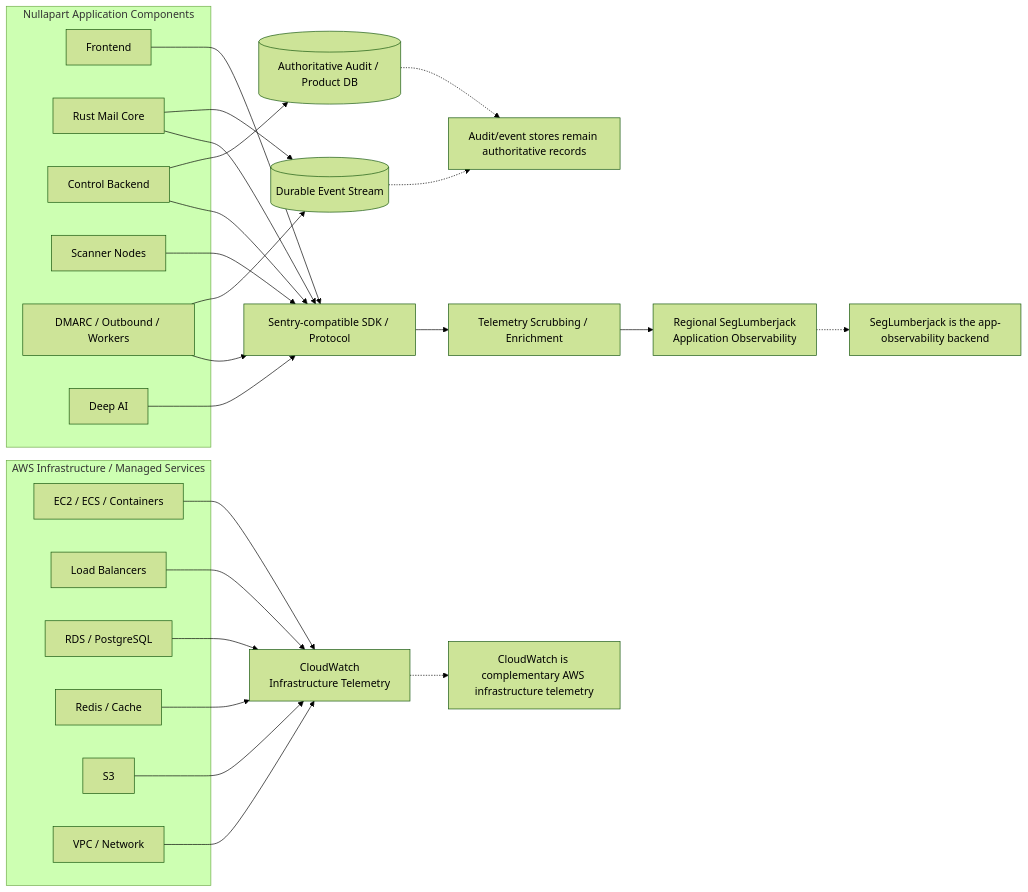
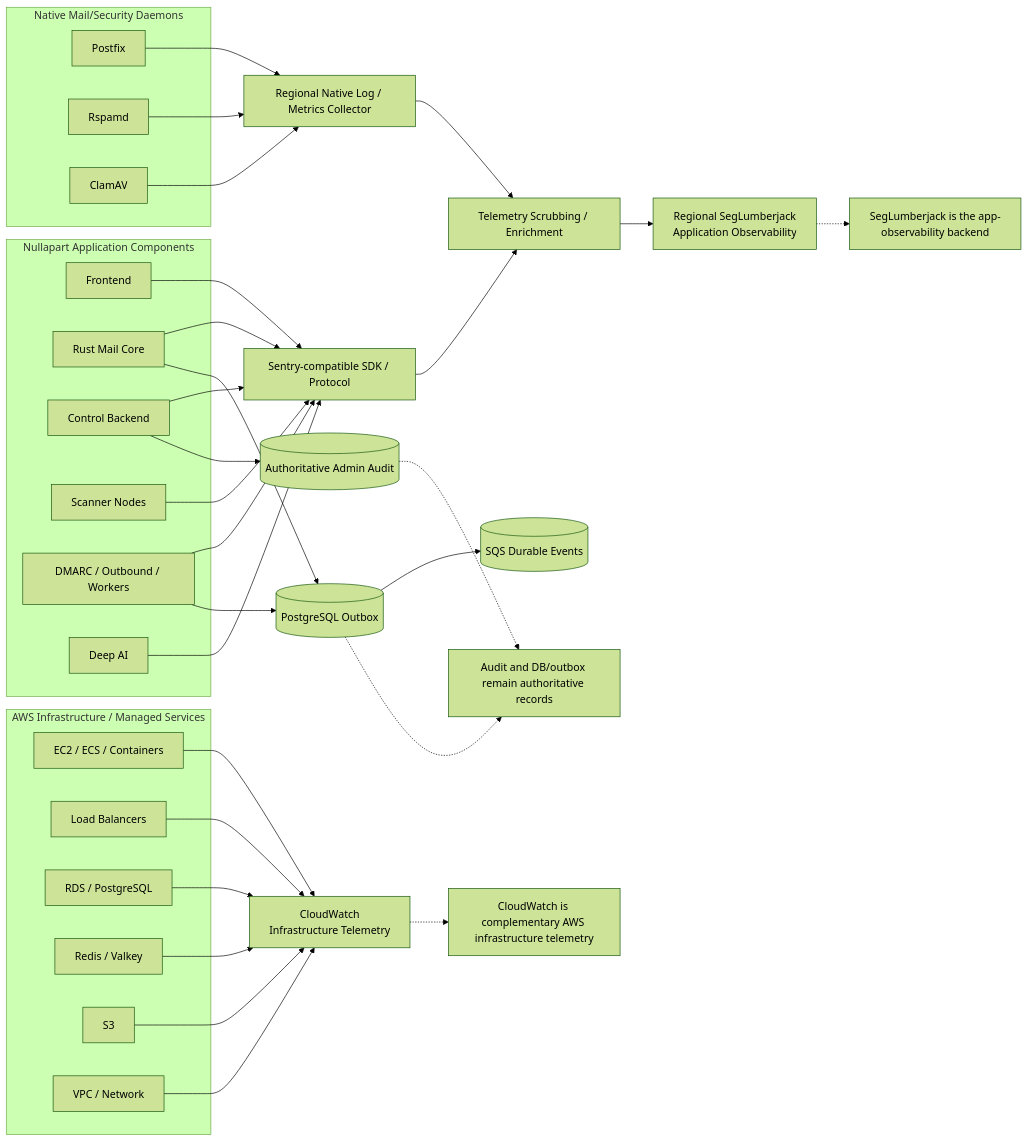
The diagram in docs/diagrams/10-observability-architecture.mmd (Oba-SEG/Nullapart), drawn with Mermaid (forest theme) before and after one commit.

Commit message:
docs: add native daemon collection and durable event separation

```diff
--- a/docs/diagrams/10-observability-architecture.mmd
+++ b/docs/diagrams/10-observability-architecture.mmd
@@ -1,56 +1,70 @@
 flowchart LR
     subgraph Apps["Nullapart Application Components"]
         Frontend[Frontend]
         MailCore[Rust Mail Core]
         Control[Control Backend]
         Scanners[Scanner Nodes]
         Workers[DMARC / Outbound / Workers]
         DeepAI[Deep AI]
     end
 
+    subgraph Native["Native Mail/Security Daemons"]
+        Postfix[Postfix]
+        Rspamd[Rspamd]
+        ClamAV[ClamAV]
+    end
+
     SDK[Sentry-compatible SDK / Protocol]
+    Collector[Regional Native Log / Metrics Collector]
     Scrub[Telemetry Scrubbing / Enrichment]
     Seg[Regional SegLumberjack\nApplication Observability]
 
     subgraph AWS["AWS Infrastructure / Managed Services"]
         Compute[EC2 / ECS / Containers]
         LB[Load Balancers]
         DB[RDS / PostgreSQL]
-        Cache[Redis / Cache]
+        Cache[Redis / Valkey]
         Storage[S3]
         Network[VPC / Network]
     end
 
     CW[CloudWatch\nInfrastructure Telemetry]
 
-    Audit[(Authoritative Audit / Product DB)]
-    Streams[(Durable Event Stream)]
+    Audit[(Authoritative Admin Audit)]
+    Outbox[(PostgreSQL Outbox)]
+    SQS[(SQS Durable Events)]
 
     Frontend --> SDK
     MailCore --> SDK
     Control --> SDK
     Scanners --> SDK
     Workers --> SDK
     DeepAI --> SDK
 
     SDK --> Scrub --> Seg
 
+    Postfix --> Collector
+    Rspamd --> Collector
+    ClamAV --> Collector
+    Collector --> Scrub
+
     Compute --> CW
     LB --> CW
     DB --> CW
     Cache --> CW
     Storage --> CW
     Network --> CW
 
     Control --> Audit
-    MailCore --> Streams
-    Workers --> Streams
+    MailCore --> Outbox
+    Workers --> Outbox
+    Outbox --> SQS
 
     Note1[SegLumberjack is the app-observability backend]
     Note2[CloudWatch is complementary AWS infrastructure telemetry]
-    Note3[Audit/event stores remain authoritative records]
+    Note3[Audit and DB/outbox remain authoritative records]
 
     Seg -.-> Note1
     CW -.-> Note2
     Audit -.-> Note3
-    Streams -.-> Note3
+    Outbox -.-> Note3
```
